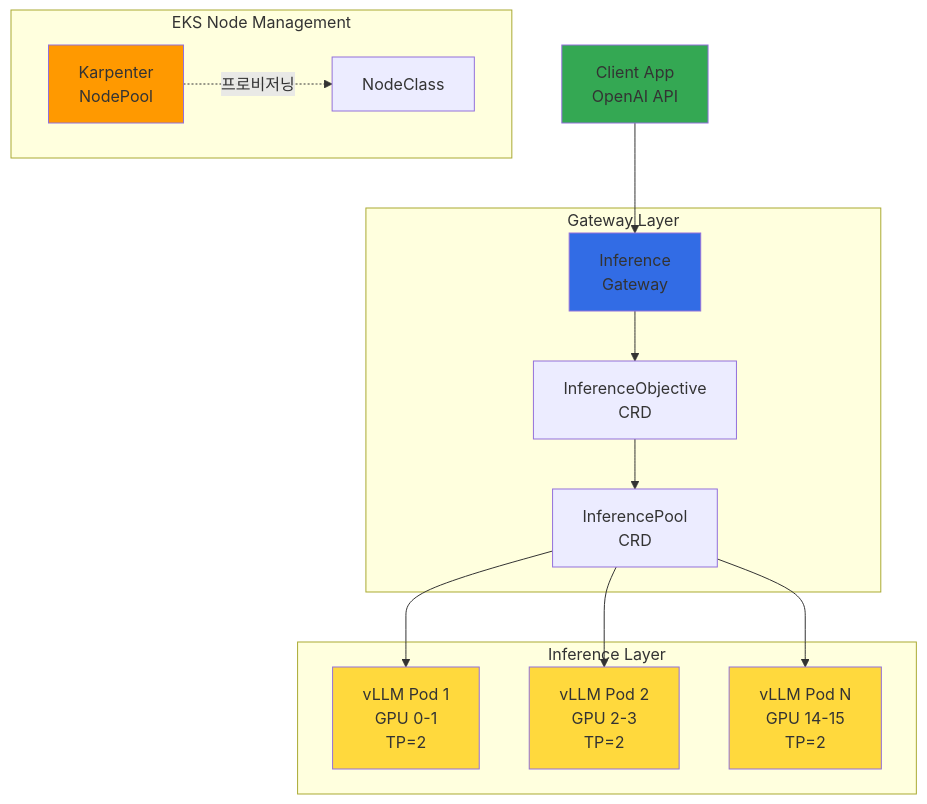
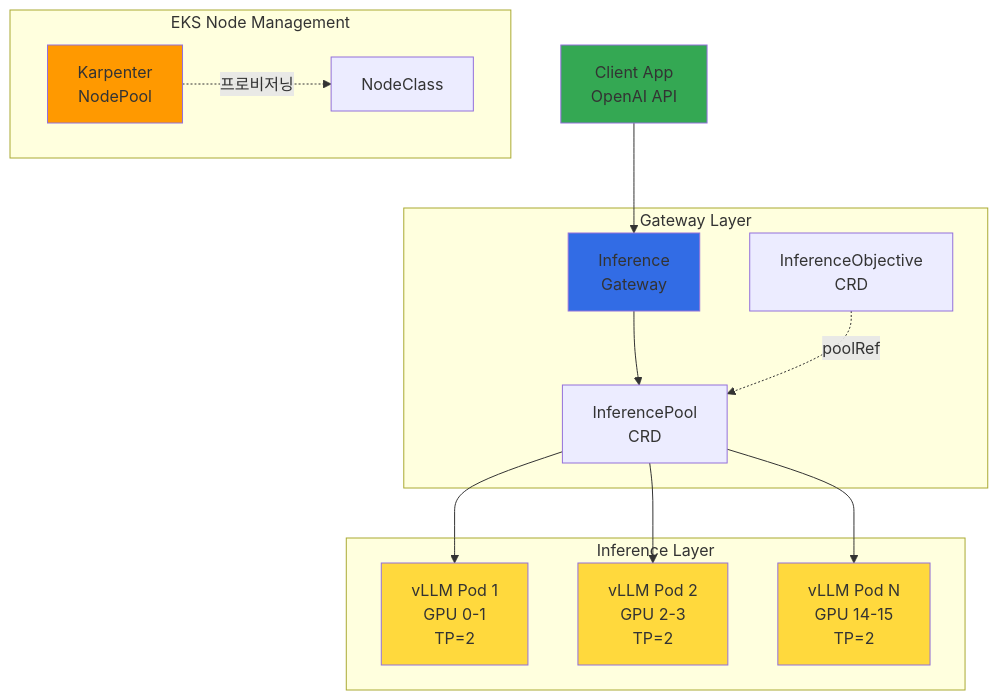
Before and after one commit to devfloor9/engineering-playbook: the first of 4 diagrams in docs/agentic-ai-platform/model-serving/inference-frameworks/llm-d-eks-automode.md, drawn with Mermaid. The commit also changed other lines of this file and 2 other files, not shown here.

Commit message:
docs(llm-d): 이름 치환이 남긴 역할 오류 정정, 비교표는 범위에서 제외
외부 리뷰에서 이름만 바꾸고 역할 서술을 그대로 둔 자리 세 곳이 드러났다.
업스트림 가이드와 CRD 스키마로 대조해 고쳤다.

- :234 멀티 모델 서빙 (KO·EN): InferenceObjective는 pool 내부 우선순위
  정책이고 멀티모델 메커니즘이 아니다. llm-d guides/multi-model-routing에
  따르면 모델별 InferencePool을 두고 IPP(Inference Payload Processor)가
  요청 본문에서 모델명을 추출해 헤더로 넣으면 HTTPRoute가 해당 pool로
  라우팅한다. 그 구조로 다시 썼다.
- :96 mermaid (KO·EN): GW --> IO --> IP는 Objective를 필수 라우팅 홉으로
  보이게 한다. HTTPRoute의 백엔드는 InferencePool이고 Objective는 EPP가
  읽는 정책이므로, GW --> IP로 바꾸고 IO는 spec.poolRef를 나타내는
  점선 참조로 분리했다.
- :56 (KO·EN): "(Gateway API Inference Extension v1.0+)"가 InferenceObjective를
  GIE 소속으로 읽히게 했다. InferencePool(GIE, inference.networking.k8s.io/v1)과
  InferenceObjective(llm-d, llm-d.ai/v1alpha2)로 소속을 분리 표기했다.

VllmComparisonTable.js는 main 버전으로 되돌려 이 PR에서 제외한다.
"모델 정의" 행은 이름 문제가 아니라 전제가 틀렸다. InferencePoolSpec은
selector·targetPorts·endpointPickerRef·appProtocol만 갖고 모델·이미지·GPU·
복제본을 정의하지 않으므로, "Deployment YAML 직접 작성 vs CRD 선언"이라는
대비 자체가 성립하지 않는다. 행 재설계가 필요해 별도 이슈로 분리한다.

````diff
--- a/docs/agentic-ai-platform/model-serving/inference-frameworks/llm-d-eks-automode.md
+++ b/docs/agentic-ai-platform/model-serving/inference-frameworks/llm-d-eks-automode.md
@@ -74,36 +74,36 @@
 ```mermaid
 flowchart TB
     CLIENT[Client App<br/>OpenAI API]
 
     subgraph Gateway["Gateway Layer"]
         GW[Inference<br/>Gateway]
         IO[InferenceObjective<br/>CRD]
         IP[InferencePool<br/>CRD]
     end
 
     subgraph Inference["Inference Layer"]
         V1[vLLM Pod 1<br/>GPU 0-1<br/>TP=2]
         V2[vLLM Pod 2<br/>GPU 2-3<br/>TP=2]
         VN[vLLM Pod N<br/>GPU 14-15<br/>TP=2]
     end
 
     subgraph NodeMgmt["EKS Node Management"]
         NP[Karpenter<br/>NodePool]
         NC[NodeClass]
     end
 
     CLIENT --> GW
-    GW --> IO
-    IO --> IP
+    GW --> IP
+    IO -.->|poolRef| IP
     IP --> V1
     IP --> V2
     IP --> VN
     NP -.->|프로비저닝| NC
 
     style CLIENT fill:#34a853
     style GW fill:#326ce5
     style V1 fill:#ffd93d
     style V2 fill:#ffd93d
     style VN fill:#ffd93d
     style NP fill:#ff9900
 ```
````
